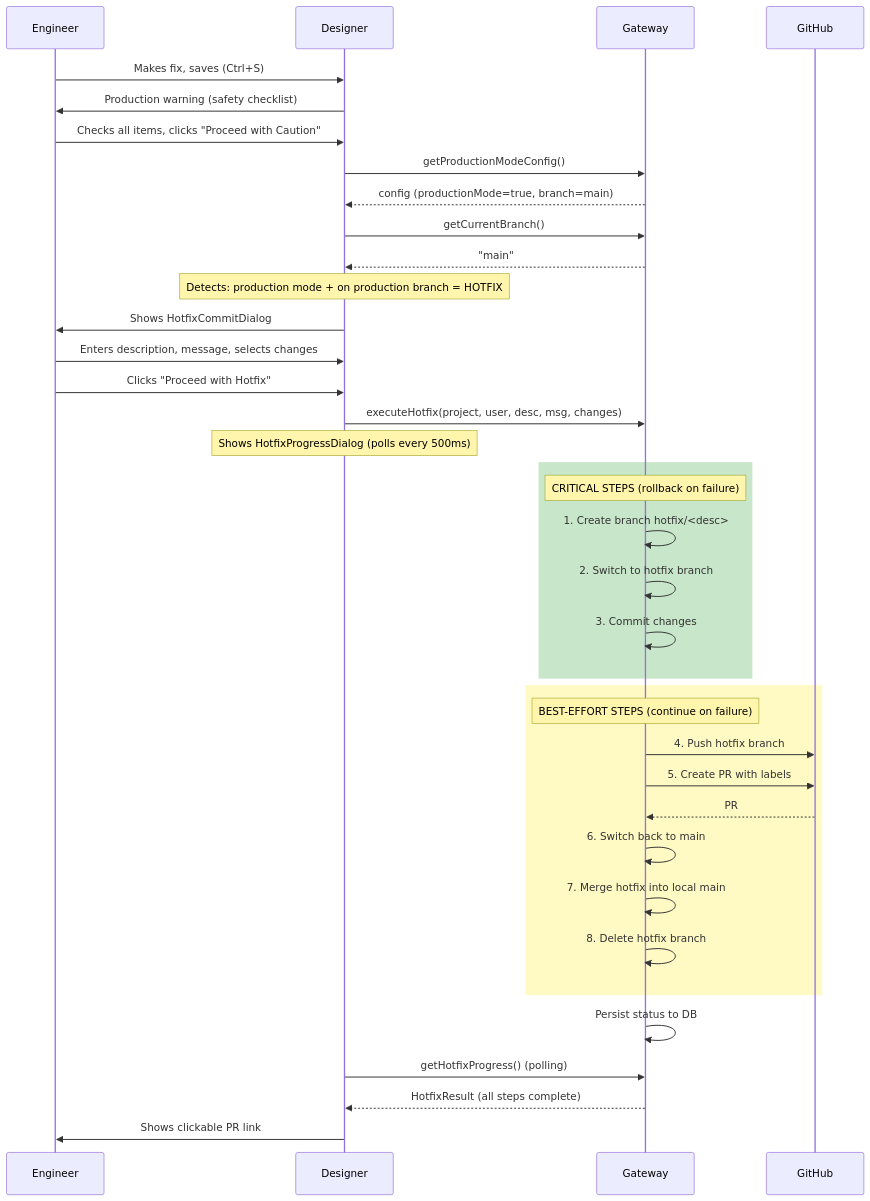
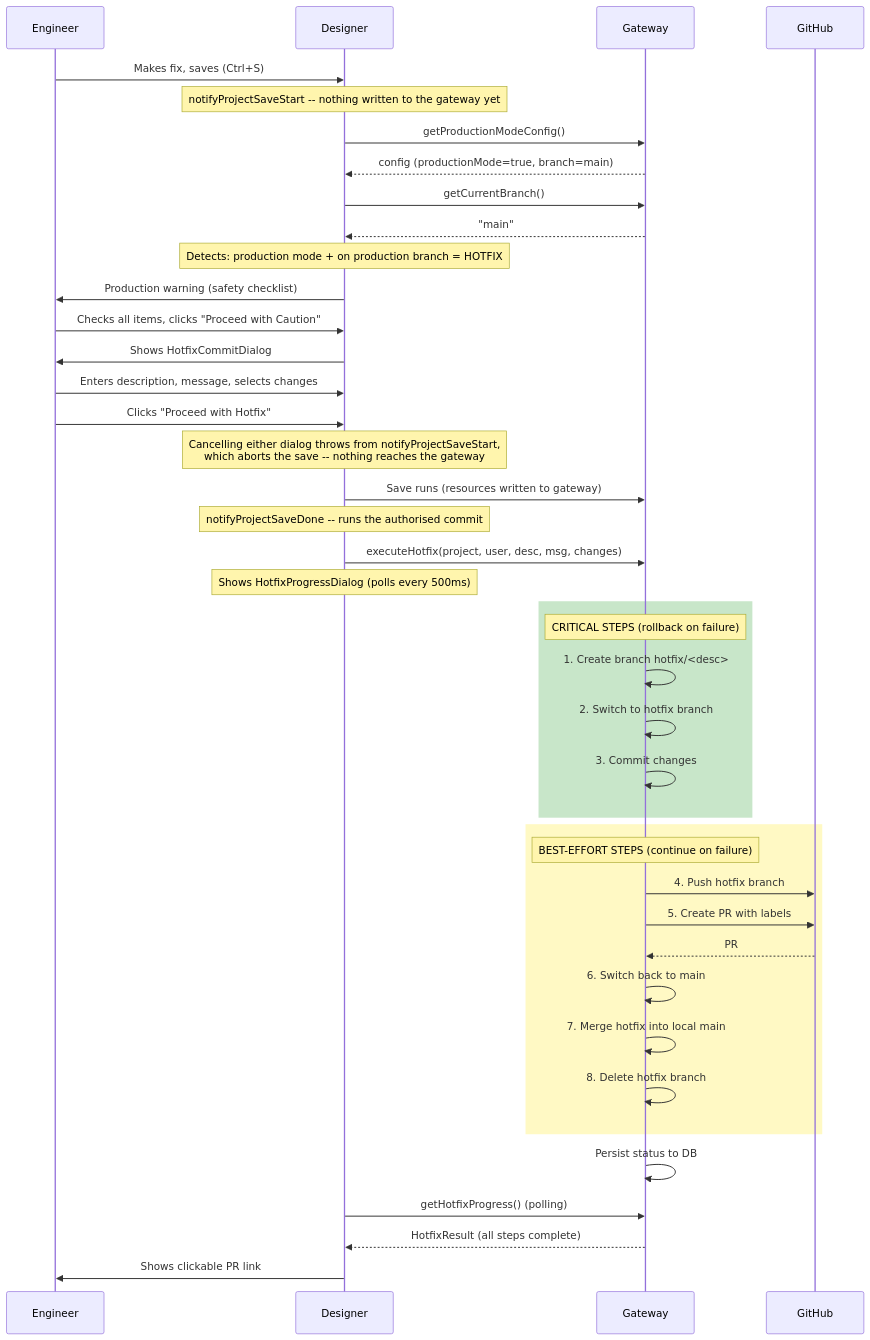
The fourth of 7 diagrams in docs/production-mode.md (WhiskeyHouse/ignition-git-module), drawn with Mermaid before and after one commit. The commit also changed other lines of this file and 5 other files, not shown here.

````diff
--- a/docs/production-mode.md
+++ b/docs/production-mode.md
@@ -201,48 +206,57 @@
 ```mermaid
 sequenceDiagram
     participant E as Engineer
     participant D as Designer
     participant G as Gateway
     participant GH as GitHub
 
     E->>D: Makes fix, saves (Ctrl+S)
-    D->>E: Production warning (safety checklist)
-    E->>D: Checks all items, clicks "Proceed with Caution"
+
+    Note over D: notifyProjectSaveStart -- nothing written to the gateway yet
 
     D->>G: getProductionModeConfig()
     G-->>D: config (productionMode=true, branch=main)
     D->>G: getCurrentBranch()
     G-->>D: "main"
 
     Note over D: Detects: production mode + on production branch = HOTFIX
 
+    D->>E: Production warning (safety checklist)
+    E->>D: Checks all items, clicks "Proceed with Caution"
+
     D->>E: Shows HotfixCommitDialog
     E->>D: Enters description, message, selects changes
     E->>D: Clicks "Proceed with Hotfix"
+
+    Note over D: Cancelling either dialog throws from notifyProjectSaveStart,<br/>which aborts the save -- nothing reaches the gateway
+
+    D->>G: Save runs (resources written to gateway)
+
+    Note over D: notifyProjectSaveDone -- runs the authorised commit
 
     D->>G: executeHotfix(project, user, desc, msg, changes)
 
     Note over D: Shows HotfixProgressDialog (polls every 500ms)
 
     rect rgb(200, 230, 201)
         Note over G: CRITICAL STEPS (rollback on failure)
         G->>G: 1. Create branch hotfix/<desc>
         G->>G: 2. Switch to hotfix branch
         G->>G: 3. Commit changes
     end
 
     rect rgb(255, 249, 196)
         Note over G: BEST-EFFORT STEPS (continue on failure)
         G->>GH: 4. Push hotfix branch
         G->>GH: 5. Create PR with labels
         GH-->>G: PR #42 URL
         G->>G: 6. Switch back to main
         G->>G: 7. Merge hotfix into local main
         G->>G: 8. Delete hotfix branch
     end
 
     G->>G: Persist status to DB
     D->>G: getHotfixProgress() (polling)
     G-->>D: HotfixResult (all steps complete)
     D->>E: Shows clickable PR link
 ```
````
